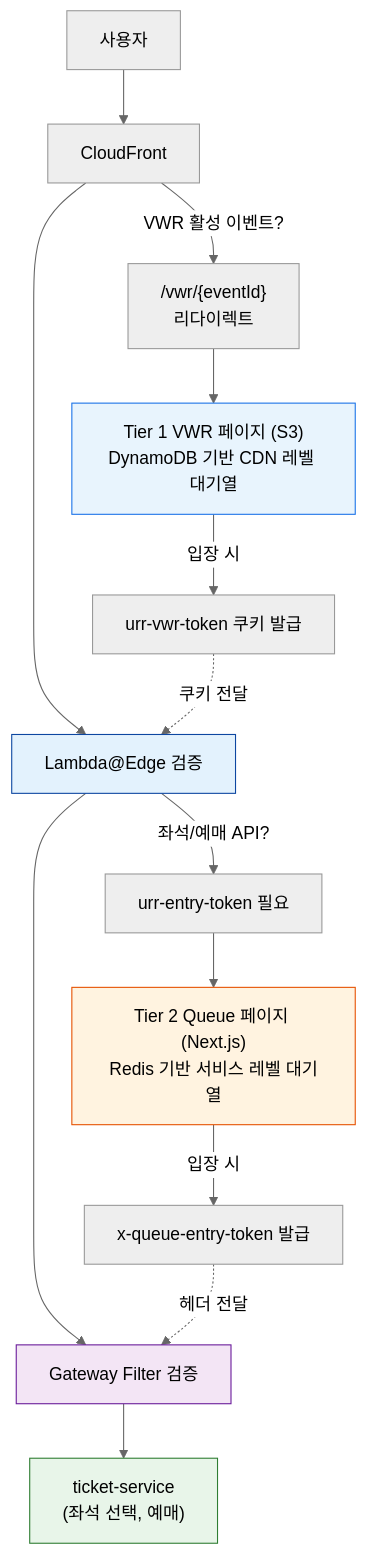
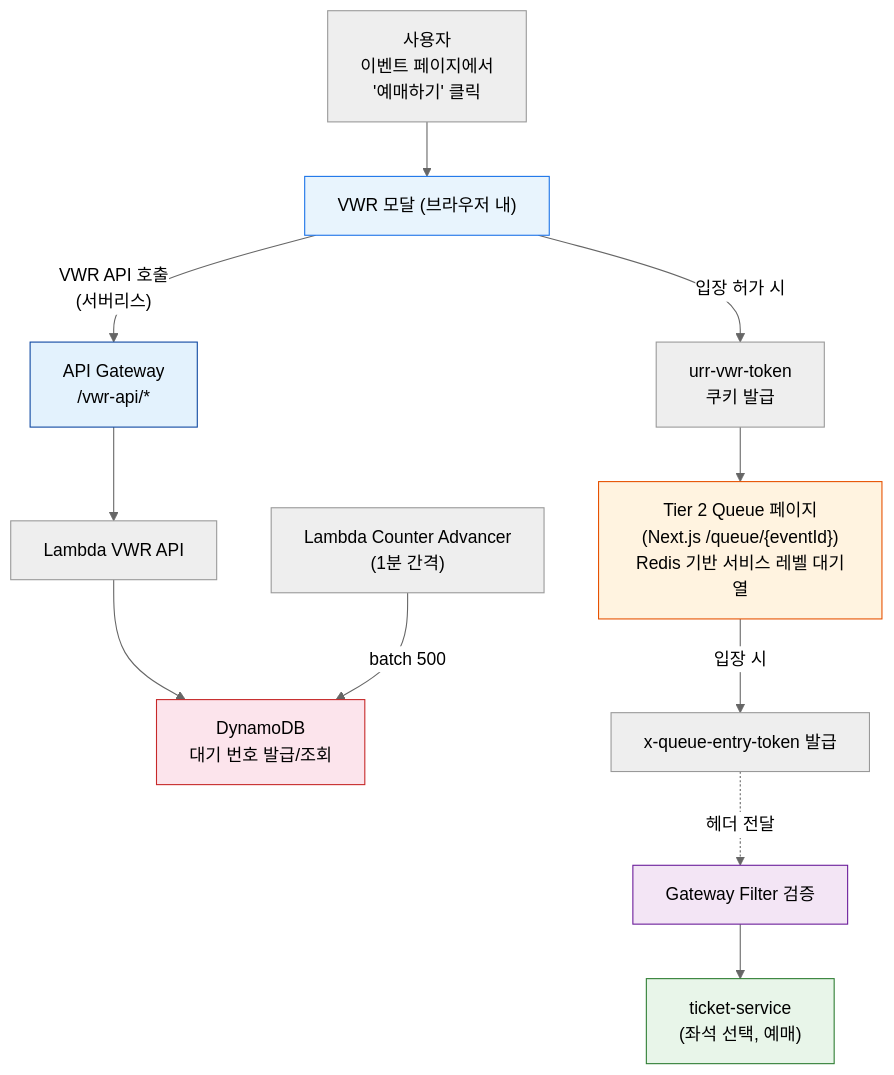
The sixth of 9 diagrams in docs/AWS_ARCHITECTURE.md (cchriscode/URR), drawn with Mermaid (neutral theme) before and after one commit. The commit also changed other lines of this file and 39 other files, not shown here.

````diff
--- a/docs/AWS_ARCHITECTURE.md
+++ b/docs/AWS_ARCHITECTURE.md
@@ -699,26 +806,25 @@
 ```mermaid
 graph TD
-    USER["사용자"] --> CF["CloudFront"]
+    USER["사용자<br/>이벤트 페이지에서<br/>'예매하기' 클릭"] --> MODAL["VWR 모달 (브라우저 내)"]
 
-    CF -->|"VWR 활성 이벤트?"| VWR_REDIRECT["/vwr/{eventId}<br/>리다이렉트"]
-    VWR_REDIRECT --> T1["Tier 1 VWR 페이지 (S3)<br/>DynamoDB 기반 CDN 레벨 대기열"]
-    T1 -->|"입장 시"| COOKIE["urr-vwr-token 쿠키 발급"]
+    MODAL -->|"VWR API 호출<br/>(서버리스)"| APIGW["API Gateway<br/>/vwr-api/*"]
+    APIGW --> LAMBDA["Lambda VWR API"]
+    LAMBDA --> DYNAMO["DynamoDB<br/>대기 번호 발급/조회"]
 
-    CF --> EDGE["Lambda@Edge 검증"]
-    COOKIE -.->|"쿠키 전달"| EDGE
+    MODAL -->|"입장 허가 시"| COOKIE["urr-vwr-token<br/>쿠키 발급"]
 
-    EDGE -->|"좌석/예매 API?"| ENTRY["urr-entry-token 필요"]
-    ENTRY --> T2["Tier 2 Queue 페이지 (Next.js)<br/>Redis 기반 서비스 레벨 대기열"]
+    COOKIE --> T2["Tier 2 Queue 페이지<br/>(Next.js /queue/{eventId})<br/>Redis 기반 서비스 레벨 대기열"]
     T2 -->|"입장 시"| TOKEN["x-queue-entry-token 발급"]
 
-    EDGE --> GW_FILTER["Gateway Filter 검증"]
-    TOKEN -.->|"헤더 전달"| GW_FILTER
-
+    TOKEN -.->|"헤더 전달"| GW_FILTER["Gateway Filter 검증"]
     GW_FILTER --> TICKET["ticket-service<br/>(좌석 선택, 예매)"]
 
-    style T1 fill:#e8f4fd,stroke:#1a73e8
+    ADVANCER["Lambda Counter Advancer<br/>(1분 간격)"] -->|"batch 500"| DYNAMO
+
+    style MODAL fill:#e8f4fd,stroke:#1a73e8
     style T2 fill:#fff3e0,stroke:#e65100
-    style EDGE fill:#e3f2fd,stroke:#0d47a1
+    style APIGW fill:#e3f2fd,stroke:#0d47a1
     style GW_FILTER fill:#f3e5f5,stroke:#6a1b9a
     style TICKET fill:#e8f5e9,stroke:#2e7d32
+    style DYNAMO fill:#fce4ec,stroke:#c62828
 ```
````
